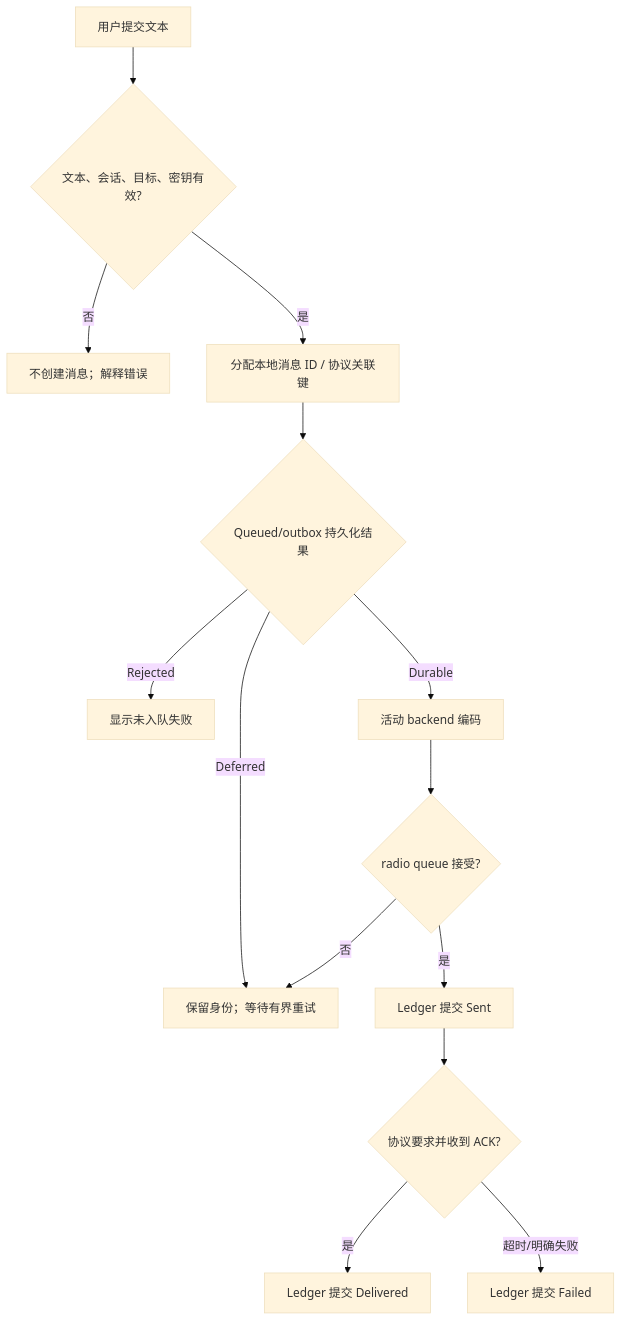
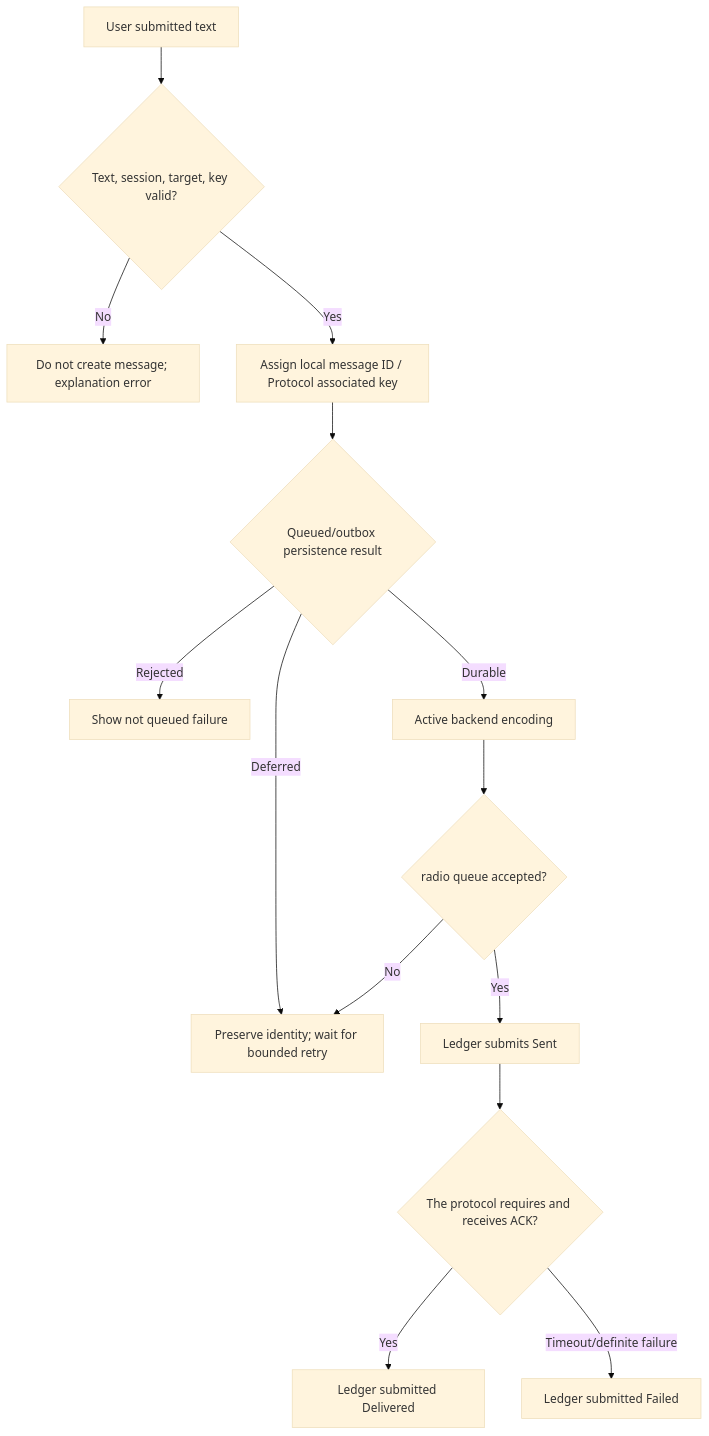
Before and after one commit to manmuqingshan/trail-mate: the diagram in docs/design/use-case-diagrams/send-text-message/activity.md, drawn with Mermaid (base theme). The commit also changed other lines of this file and 527 other files, not shown here.

````diff
--- a/docs/design/use-case-diagrams/send-text-message/activity.md
+++ b/docs/design/use-case-diagrams/send-text-message/activity.md
@@ -3,16 +3,16 @@
 ```mermaid
 flowchart TD
-  Compose["用户提交文本"] --> Validate{"文本、会话、目标、密钥有效?"}
-  Validate -- 否 --> Reject["不创建消息；解释错误"]
-  Validate -- 是 --> Identity["分配本地消息 ID / 协议关联键"]
-  Identity --> Queue{"Queued/outbox 持久化结果"}
-  Queue -- Rejected --> Fail["显示未入队失败"]
-  Queue -- Deferred --> Retry["保留身份；等待有界重试"]
-  Queue -- Durable --> Encode["活动 backend 编码"]
-  Encode --> Radio{"radio queue 接受?"}
-  Radio -- 否 --> Retry
-  Radio -- 是 --> Sent["Ledger 提交 Sent"]
-  Sent --> Ack{"协议要求并收到 ACK?"}
-  Ack -- 是 --> Delivered["Ledger 提交 Delivered"]
-  Ack -- 超时/明确失败 --> Failed["Ledger 提交 Failed"]
+ Compose["User submitted text"] --> Validate{"Text, session, target, key valid?"}
+ Validate -- No --> Reject["Do not create message; explanation error"]
+ Validate -- Yes --> Identity["Assign local message ID / Protocol associated key"]
+ Identity --> Queue{"Queued/outbox persistence result"}
+ Queue -- Rejected --> Fail["Show not queued failure"]
+ Queue -- Deferred --> Retry["Preserve identity; wait for bounded retry"]
+ Queue -- Durable --> Encode["Active backend encoding"]
+ Encode --> Radio{"radio queue accepted?"}
+ Radio -- No --> Retry
+ Radio -- Yes --> Sent["Ledger submits Sent"]
+ Sent --> Ack{"The protocol requires and receives ACK?"}
+ Ack -- Yes --> Delivered["Ledger submitted Delivered"]
+ Ack -- Timeout/definite failure --> Failed["Ledger submitted Failed"]
 ```
````
